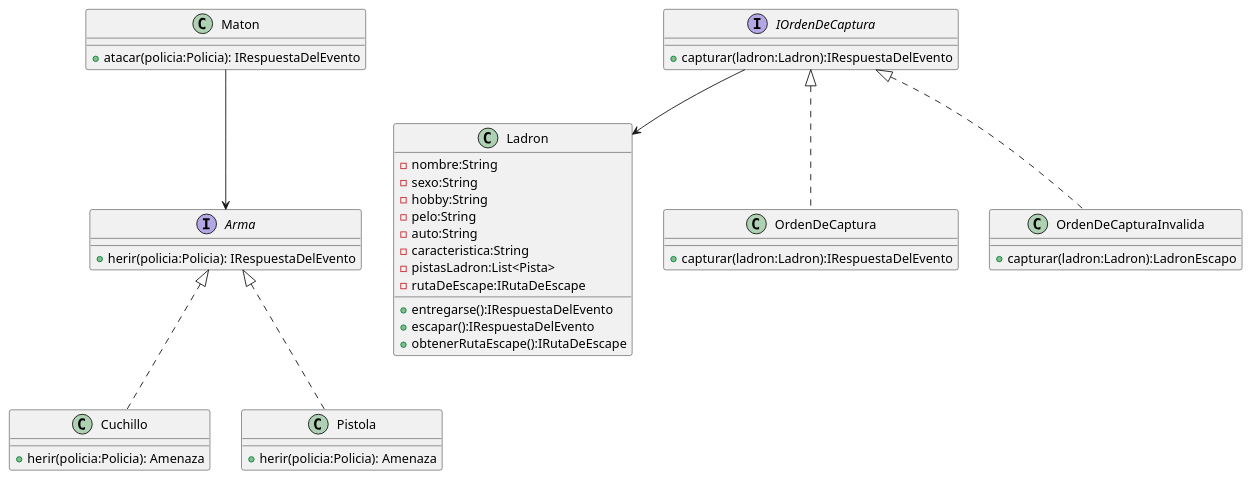
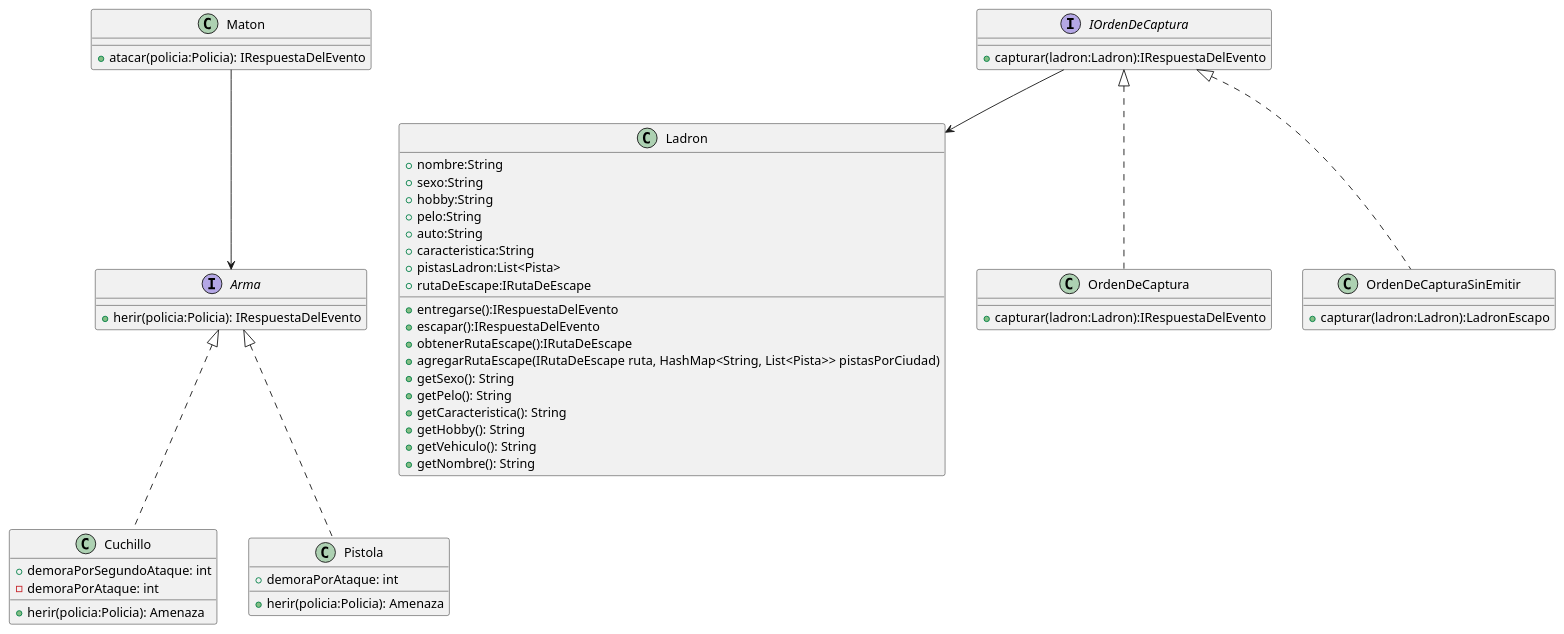
Before and after one commit to SeleneMartinez/Algo3_AlgoThief: the diagram in diagrams/classes/dc_maton.plantuml, drawn with PlantUML. The commit also changed 5 other files, not shown here.

Commit message:
agrego un diagrama de clase y modifico otros

```diff
--- a/diagrams/classes/dc_maton.plantuml
+++ b/diagrams/classes/dc_maton.plantuml
@@ -1,53 +1,63 @@
 @startuml
 class Maton
 {
  + atacar(policia:Policia): IRespuestaDelEvento
 }
 
 interface Arma
 {
     + herir(policia:Policia): IRespuestaDelEvento
 }
 
 class Cuchillo
 {
+    + demoraPorSegundoAtaque: int
+    - demoraPorAtaque: int
     + herir(policia:Policia): Amenaza
 }
 class Pistola
 {
+    + demoraPorAtaque: int
     + herir(policia:Policia): Amenaza
 }
 
 class Ladron
 {
-    -nombre:String 
-    -sexo:String 
-    -hobby:String 
-    -pelo:String 
-    -auto:String 
-    -caracteristica:String 
-    -pistasLadron:List<Pista> 
-    -rutaDeEscape:IRutaDeEscape 
+    +nombre:String
+    +sexo:String
+    +hobby:String
+    +pelo:String
+    +auto:String
+    +caracteristica:String
+    +pistasLadron:List<Pista>
+    +rutaDeEscape:IRutaDeEscape
     + entregarse():IRespuestaDelEvento
     + escapar():IRespuestaDelEvento
     +obtenerRutaEscape():IRutaDeEscape
+    +agregarRutaEscape(IRutaDeEscape ruta, HashMap<String, List<Pista>> pistasPorCiudad)
+    +getSexo(): String
+    +getPelo(): String
+    +getCaracteristica(): String
+    +getHobby(): String
+    +getVehiculo(): String
+    +getNombre(): String
 }
 interface IOrdenDeCaptura
 {
     + capturar(ladron:Ladron):IRespuestaDelEvento
 }
 class OrdenDeCaptura
 {
     + capturar(ladron:Ladron):IRespuestaDelEvento
 }
-class OrdenDeCapturaInvalida
+class OrdenDeCapturaSinEmitir
 {
     + capturar(ladron:Ladron):LadronEscapo
 }
 IOrdenDeCaptura <|.. OrdenDeCaptura
-IOrdenDeCaptura <|.. OrdenDeCapturaInvalida
+IOrdenDeCaptura <|.. OrdenDeCapturaSinEmitir
 Maton --> Arma
 Arma <|.. Cuchillo
 Arma <|.. Pistola
 IOrdenDeCaptura --> Ladron
 @enduml
```
